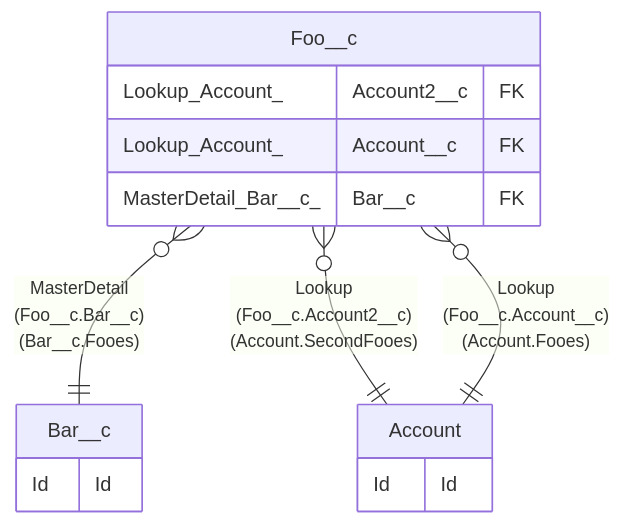
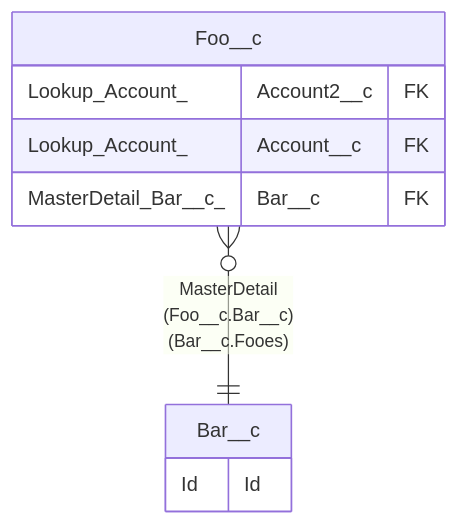
One commit to shellyln/tbls-driver-sf-cli-meta changed the diagram in sample/Bar__c.md. Above: the diagram before and after it, drawn with Mermaid. The commit also changed other lines of this file and 7 other files, not shown here.

````diff
--- a/sample/Bar__c.md
+++ b/sample/Bar__c.md
@@ -37,25 +38,16 @@
 ```mermaid
 erDiagram
 
 "Foo__c" }o--|| "Bar__c" : "MasterDetail
 (Foo__c.Bar__c)
 (Bar__c.Fooes)"
-"Foo__c" }o--|| "Account" : "Lookup
-(Foo__c.Account2__c)
-(Account.SecondFooes)"
-"Foo__c" }o--|| "Account" : "Lookup
-(Foo__c.Account__c)
-(Account.Fooes)"
 
 "Bar__c" {
   Id Id
 }
 "Foo__c" {
   Lookup_Account_ Account2__c FK
   Lookup_Account_ Account__c FK
   MasterDetail_Bar__c_ Bar__c FK
 }
-"Account" {
-  Id Id
-}
 ```
````
